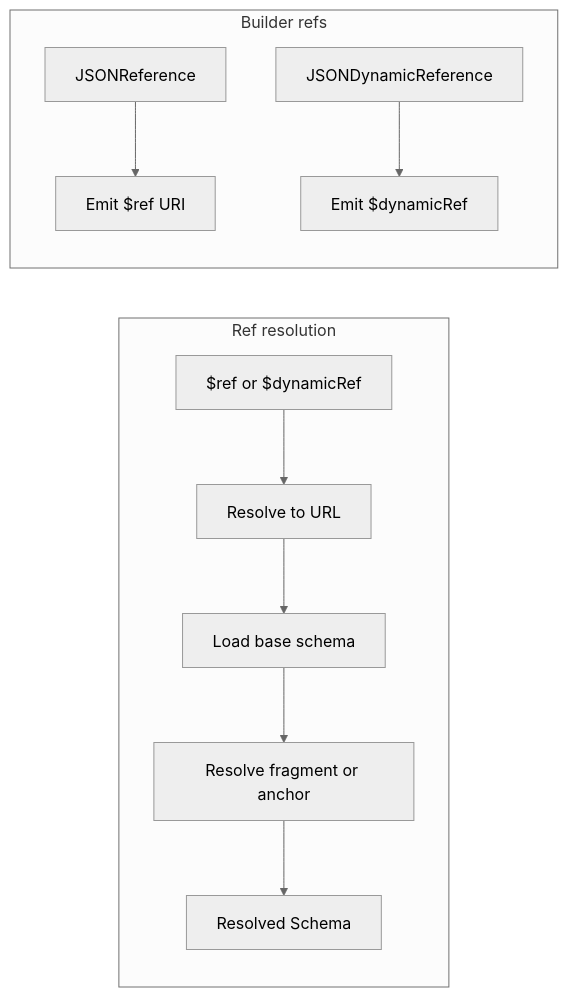
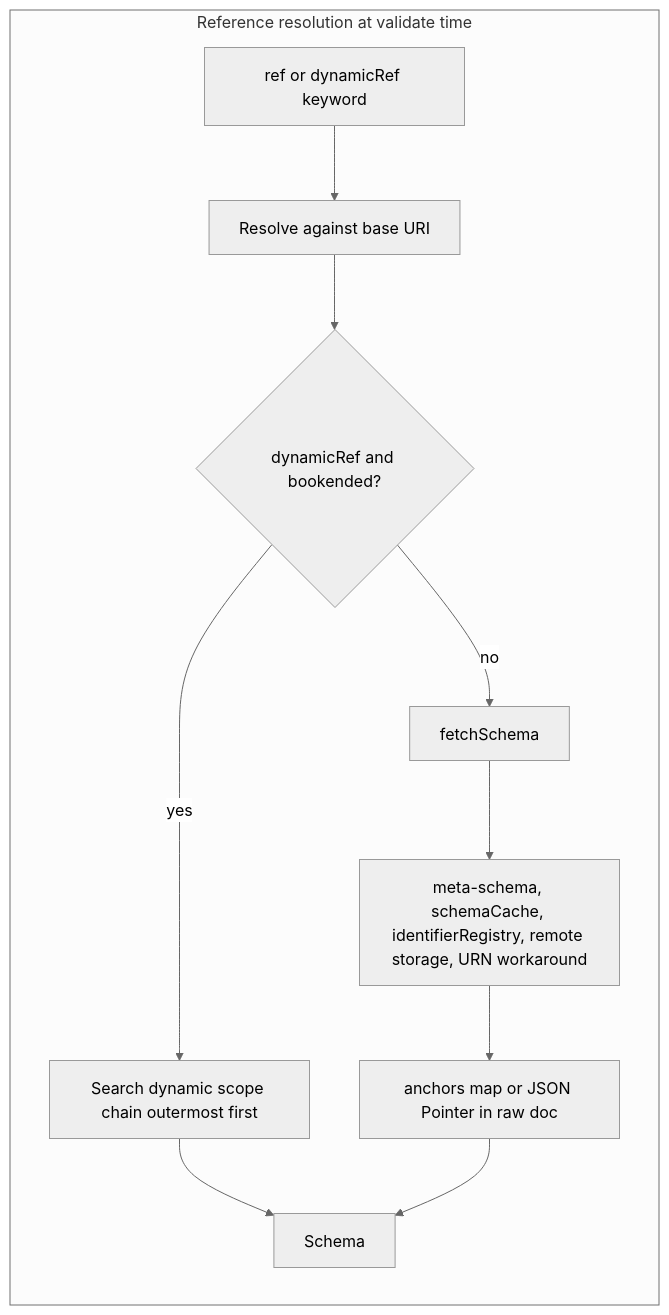
The second of 2 diagrams in research/reports/swift/ajevans99-swift-json-schema.md (goddtriffin/json-schema-rs), drawn with Mermaid (neutral theme) before and after one commit. The commit also changed other lines of this file and 51 other files, not shown here.

````diff
--- a/research/reports/swift/ajevans99-swift-json-schema.md
+++ b/research/reports/swift/ajevans99-swift-json-schema.md
@@ -127,22 +137,21 @@
 ```mermaid
 flowchart LR
-  subgraph refRes [Ref resolution]
-    RefStr["$ref or $dynamicRef"]
-    ToURL[Resolve to URL]
-    Load[Load base schema]
-    Frag[Resolve fragment or anchor]
-    Resolved[Resolved Schema]
+  subgraph refRes [Reference resolution at validate time]
+    RefStr["ref or dynamicRef keyword"]
+    ToURL[Resolve against base URI]
+    Bookend{"dynamicRef and bookended?"}
+    Scope[Search dynamic scope chain outermost first]
+    Fetch[fetchSchema]
+    Chain["meta-schema, schemaCache, identifierRegistry, remote storage, URN workaround"]
+    Frag["anchors map or JSON Pointer in raw doc"]
+    Resolved[Schema]
     RefStr --> ToURL
-    ToURL --> Load
-    Load --> Frag
+    ToURL --> Bookend
+    Bookend -- yes --> Scope
+    Scope --> Resolved
+    Bookend -- no --> Fetch
+    Fetch --> Chain
+    Chain --> Frag
     Frag --> Resolved
   end
-  subgraph builderRef [Builder refs]
-    JSONRef[JSONReference]
-    DynRef[JSONDynamicReference]
-    EmitRef[Emit $ref URI]
-    EmitDyn[Emit $dynamicRef]
-    JSONRef --> EmitRef
-    DynRef --> EmitDyn
-  end
 ```
````
